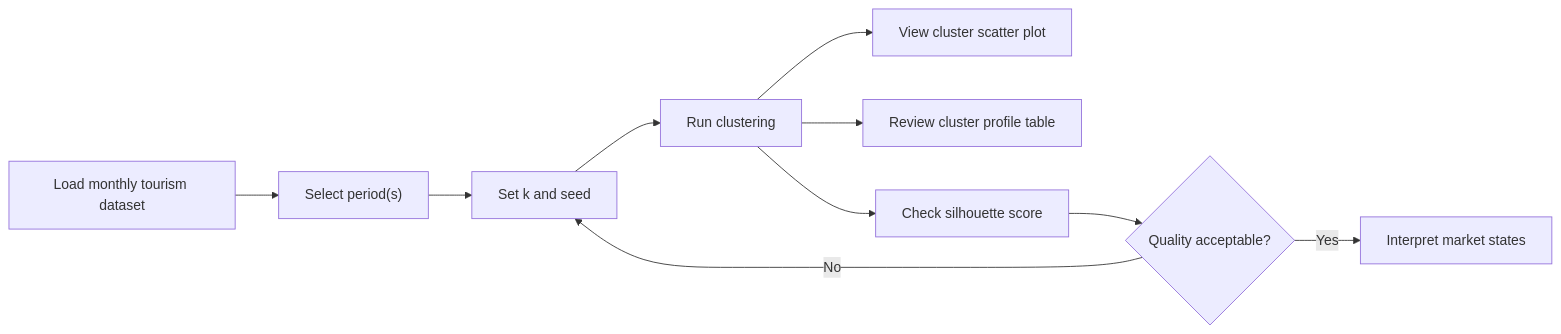
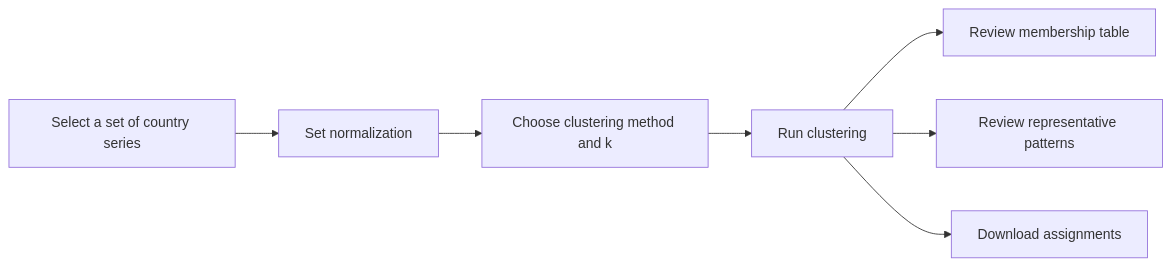
One commit to ZoRan-Wang/smu-tourism-recovery-va-group-project changed the third of 4 diagrams in prototype/ui-storyboard.qmd. Above: the diagram before and after it, drawn with Mermaid. The commit also changed other lines of this file and 3 other files, not shown here.

````diff
--- a/prototype/ui-storyboard.qmd
+++ b/prototype/ui-storyboard.qmd
@@ -7,12 +53,9 @@
 ```{mermaid}
 flowchart LR
-    A["Load monthly tourism dataset"] --> B["Select period(s)"]
-    B --> C["Set k and seed"]
+    A["Select a set of country series"] --> B["Set normalization"]
+    B --> C["Choose clustering method and k"]
     C --> D["Run clustering"]
-    D --> E["View cluster scatter plot"]
-    D --> F["Review cluster profile table"]
-    D --> G["Check silhouette score"]
-    G --> H{"Quality acceptable?"}
-    H -- "Yes" --> I["Interpret market states"]
-    H -- "No" --> C
+    D --> E["Review membership table"]
+    D --> F["Review representative patterns"]
+    D --> G["Download assignments"]
 ```
````
